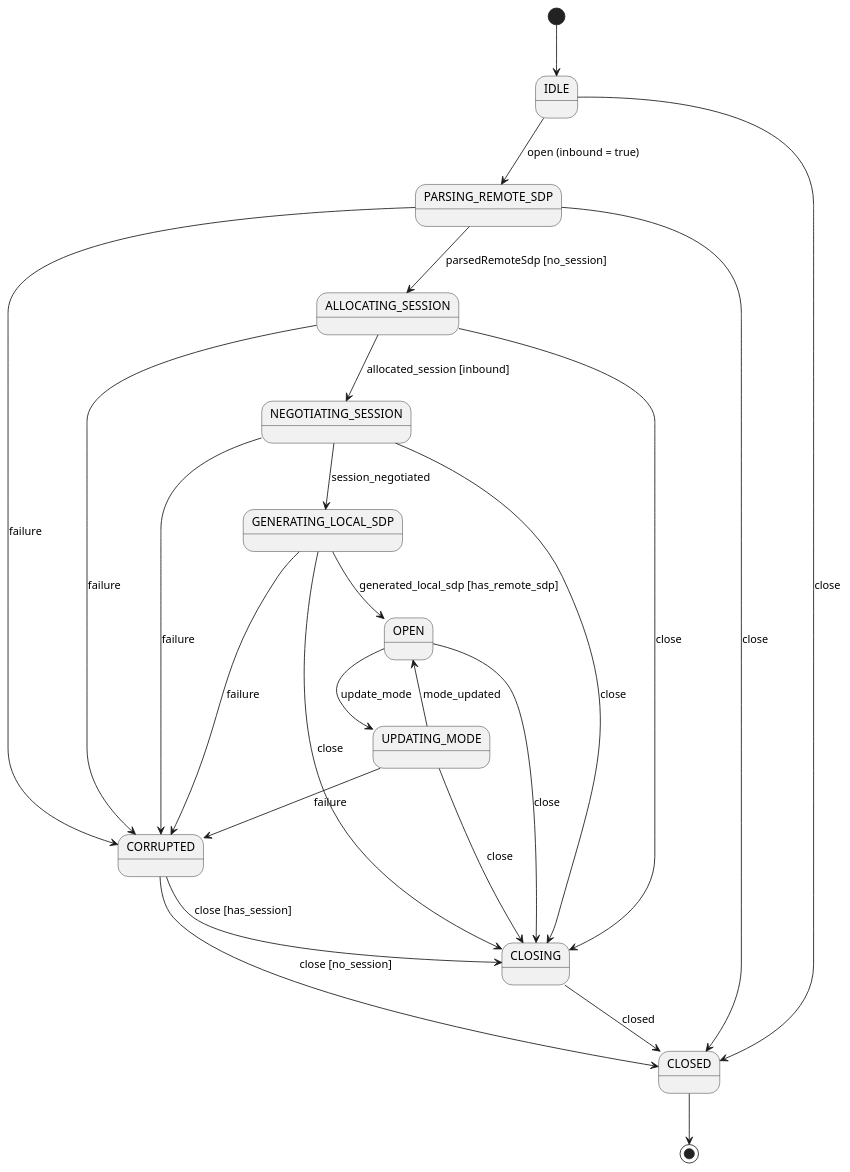
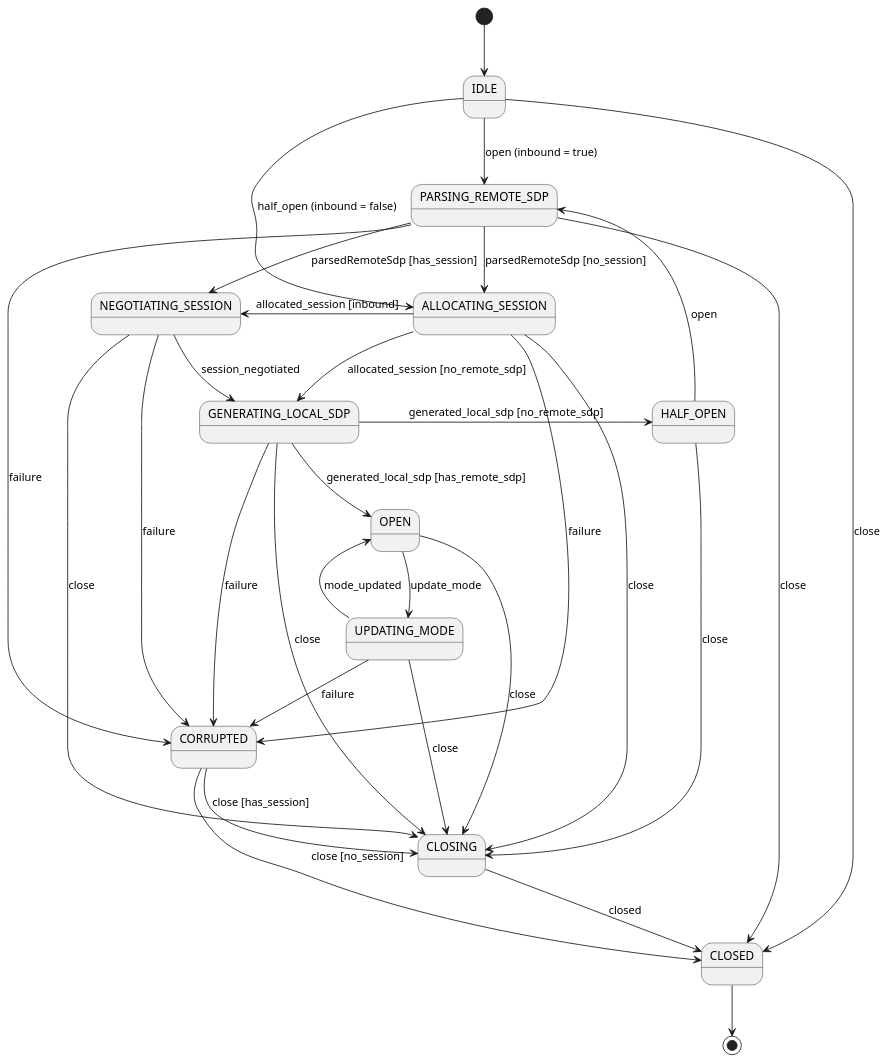
The diagram in architecture-diagrams/rtp/rtp-connection-state.puml (RestComm/media-core), drawn with PlantUML before and after one commit.

Commit message:
#452 Updated state diagram to include outbound flow.

```diff
--- a/architecture-diagrams/rtp/rtp-connection-state.puml
+++ b/architecture-diagrams/rtp/rtp-connection-state.puml
@@ -1,31 +1,38 @@
 @startuml
 [*] --> IDLE
 IDLE --> PARSING_REMOTE_SDP : open (inbound = true)
+IDLE --> ALLOCATING_SESSION : half_open (inbound = false)
 IDLE --> CLOSED : close
 
 PARSING_REMOTE_SDP --> ALLOCATING_SESSION : parsedRemoteSdp [no_session]
-ALLOCATING_SESSION --> NEGOTIATING_SESSION : allocated_session [inbound]
+PARSING_REMOTE_SDP --> NEGOTIATING_SESSION : parsedRemoteSdp [has_session]
+ALLOCATING_SESSION -left> NEGOTIATING_SESSION : allocated_session [inbound]
+ALLOCATING_SESSION --> GENERATING_LOCAL_SDP : allocated_session [no_remote_sdp]
 NEGOTIATING_SESSION --> GENERATING_LOCAL_SDP : session_negotiated
 GENERATING_LOCAL_SDP --> OPEN : generated_local_sdp [has_remote_sdp]
+GENERATING_LOCAL_SDP -> HALF_OPEN : generated_local_sdp [no_remote_sdp]
+
+HALF_OPEN -up-> PARSING_REMOTE_SDP : open
 
 OPEN --> UPDATING_MODE : update_mode
 UPDATING_MODE --> OPEN : mode_updated
 UPDATING_MODE --> CLOSING : close
 UPDATING_MODE --> CORRUPTED : failure
 
 PARSING_REMOTE_SDP --> CORRUPTED : failure
 ALLOCATING_SESSION --> CORRUPTED : failure
 NEGOTIATING_SESSION --> CORRUPTED : failure
 GENERATING_LOCAL_SDP -> CORRUPTED : failure
 
 PARSING_REMOTE_SDP --> CLOSED : close
 ALLOCATING_SESSION --> CLOSING : close
 NEGOTIATING_SESSION --> CLOSING : close
 GENERATING_LOCAL_SDP -> CLOSING : close
+HALF_OPEN --> CLOSING : close
 OPEN --> CLOSING : close
 CORRUPTED --> CLOSING : close [has_session]
 CORRUPTED --> CLOSED : close [no_session]
 
 CLOSING --> CLOSED : closed
 CLOSED --> [*]
 @enduml
```
